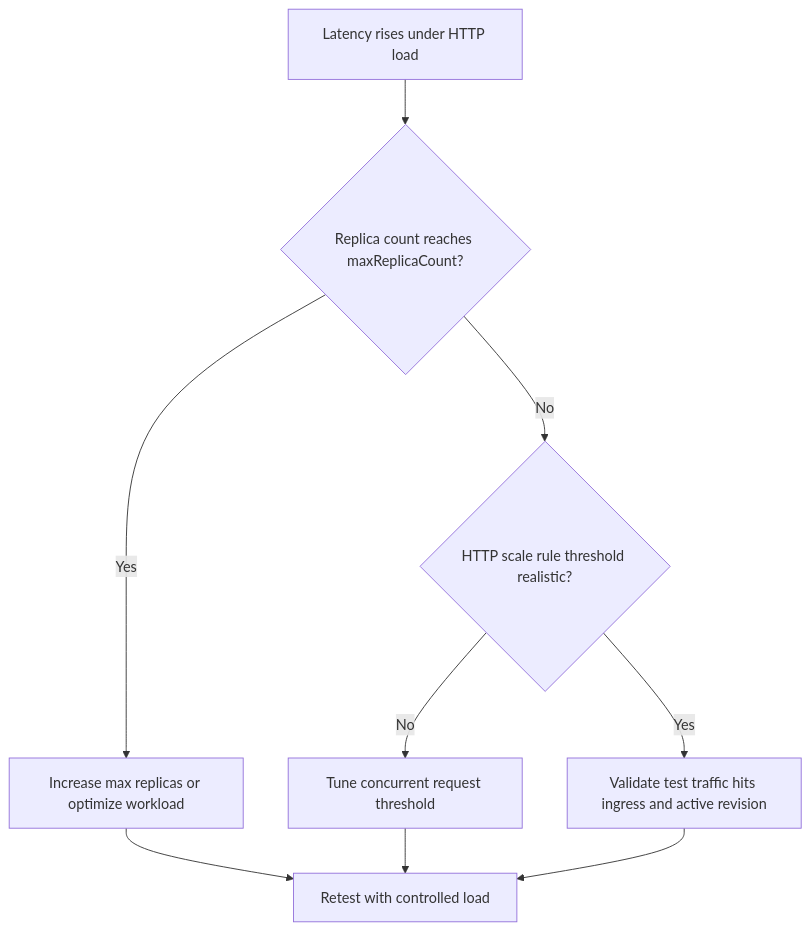
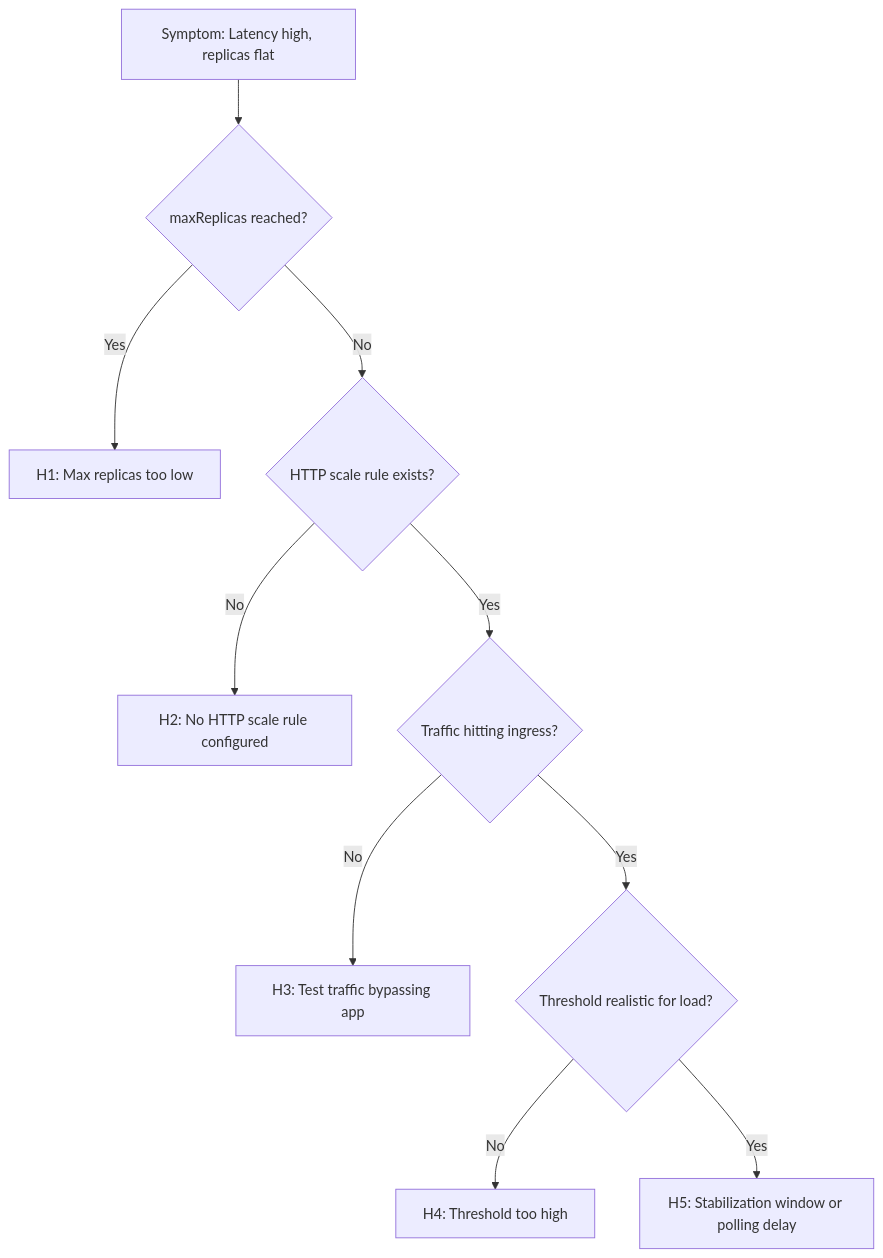
The diagram in docs/troubleshooting/playbooks/scaling-and-runtime/http-scaling-not-triggering.md (yeongseon/azure-container-apps-practical-guide), drawn with Mermaid before and after one commit. The commit also changed other lines of this file and 22 other files, not shown here.

````diff
--- a/docs/troubleshooting/playbooks/scaling-and-runtime/http-scaling-not-triggering.md
+++ b/docs/troubleshooting/playbooks/scaling-and-runtime/http-scaling-not-triggering.md
@@ -67,11 +15,12 @@
 ```mermaid
-flowchart TD
-    A[Latency rises under HTTP load] --> B{Replica count reaches maxReplicaCount?}
-    B -->|Yes| C[Increase max replicas or optimize workload]
-    B -->|No| D{HTTP scale rule threshold realistic?}
-    D -->|No| E[Tune concurrent request threshold]
-    D -->|Yes| F[Validate test traffic hits ingress and active revision]
-    C --> G[Retest with controlled load]
-    E --> G
-    F --> G
+graph TD
+    A[Symptom: Latency high, replicas flat] --> B{maxReplicas reached?}
+    B -->|Yes| H1[H1: Max replicas too low]
+    B -->|No| C{HTTP scale rule exists?}
+    C -->|No| H2[H2: No HTTP scale rule configured]
+    C -->|Yes| D{Traffic hitting ingress?}
+    D -->|No| H3[H3: Test traffic bypassing app]
+    D -->|Yes| E{Threshold realistic for load?}
+    E -->|No| H4[H4: Threshold too high]
+    E -->|Yes| H5[H5: Stabilization window or polling delay]
 ```
````
